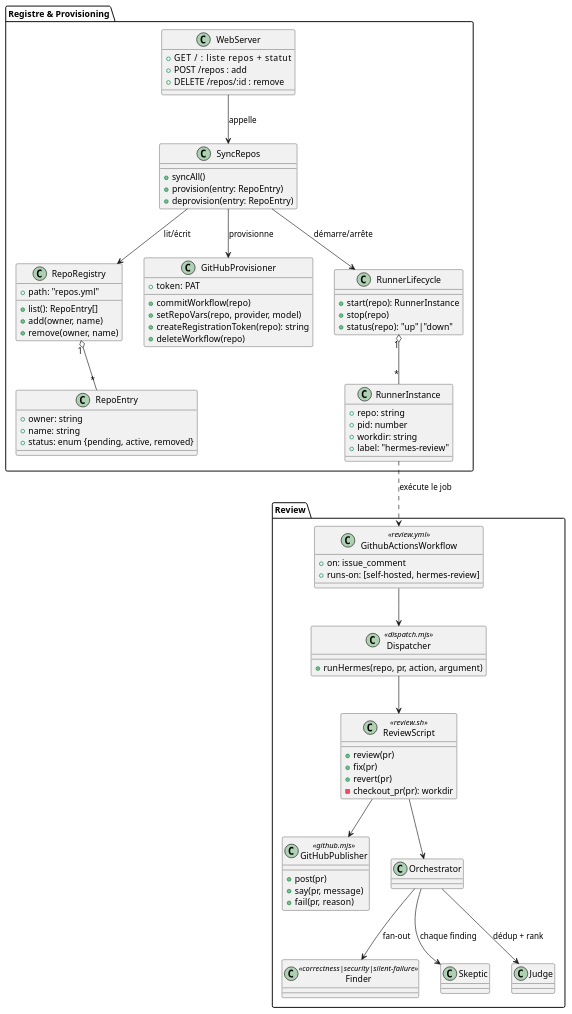
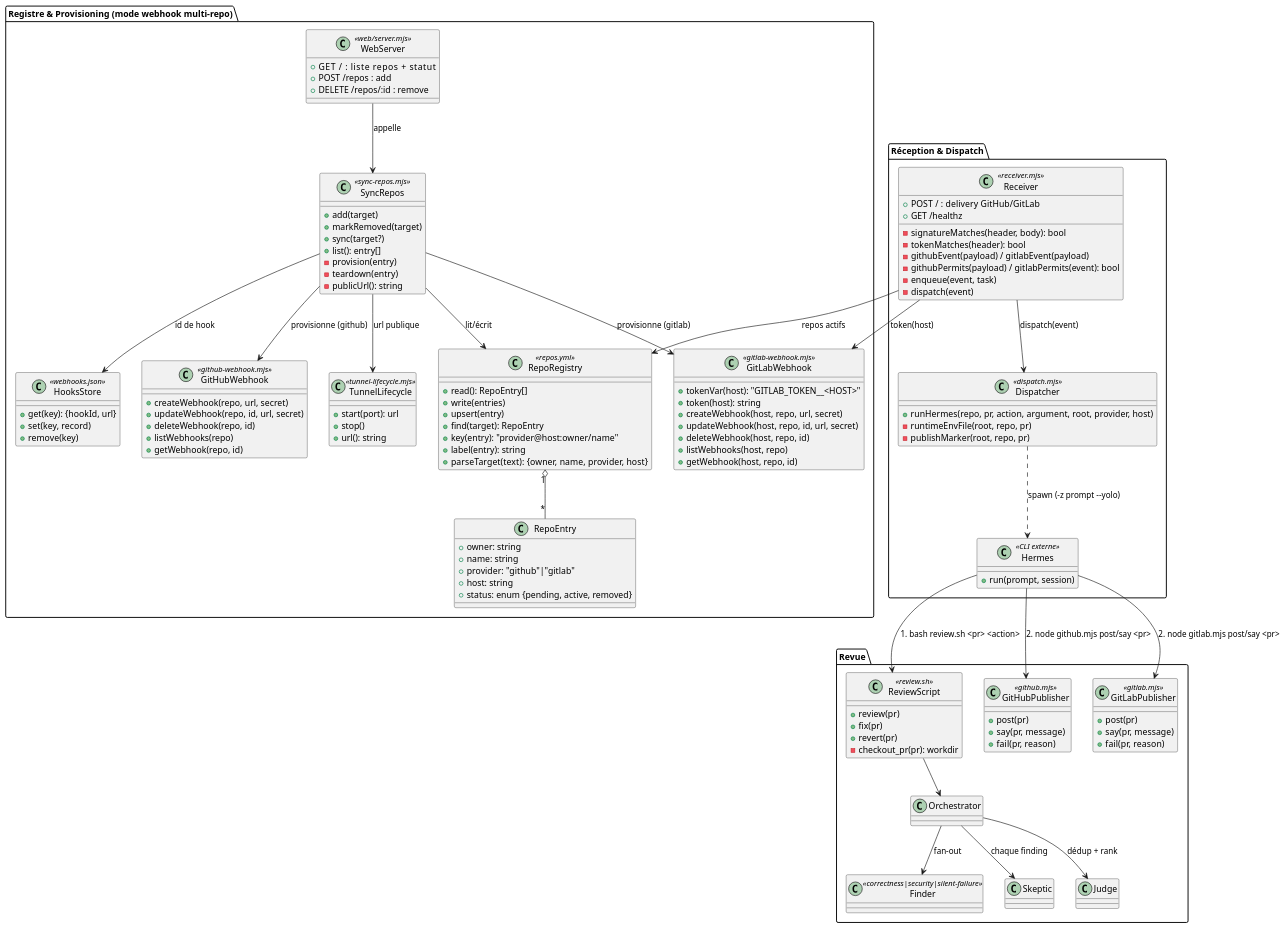
The diagram in docs/uml/scripts/class.puml (davidaddi/digiteka-pr-autoreview), drawn with PlantUML before and after one commit. The commit also changed 22 other files, not shown here.

```diff
--- a/docs/uml/scripts/class.puml
+++ b/docs/uml/scripts/class.puml
@@ -1,97 +1,139 @@
 @startuml classes
 
-package "Registre & Provisioning" {
-  class RepoRegistry {
-    +path: "repos.yml"
-    +list(): RepoEntry[]
-    +add(owner, name)
-    +remove(owner, name)
+package "Registre & Provisioning (mode webhook multi-repo)" {
+  class RepoRegistry <<repos.yml>> {
+    +read(): RepoEntry[]
+    +write(entries)
+    +upsert(entry)
+    +find(target): RepoEntry
+    +key(entry): "provider@host:owner/name"
+    +label(entry): string
+    +parseTarget(text): {owner, name, provider, host}
   }
 
   class RepoEntry {
     +owner: string
     +name: string
+    +provider: "github"|"gitlab"
+    +host: string
     +status: enum {pending, active, removed}
   }
 
-  class SyncRepos {
-    +syncAll()
-    +provision(entry: RepoEntry)
-    +deprovision(entry: RepoEntry)
+  class HooksStore <<webhooks.json>> {
+    +get(key): {hookId, url}
+    +set(key, record)
+    +remove(key)
   }
 
-  class GitHubProvisioner {
-    +token: PAT
-    +commitWorkflow(repo)
-    +setRepoVars(repo, provider, model)
-    +createRegistrationToken(repo): string
-    +deleteWorkflow(repo)
+  class SyncRepos <<sync-repos.mjs>> {
+    +add(target)
+    +markRemoved(target)
+    +sync(target?)
+    +list(): entry[]
+    -provision(entry)
+    -teardown(entry)
+    -publicUrl(): string
   }
 
-  class RunnerLifecycle {
-    +start(repo): RunnerInstance
-    +stop(repo)
-    +status(repo): "up"|"down"
+  class GitHubWebhook <<github-webhook.mjs>> {
+    +createWebhook(repo, url, secret)
+    +updateWebhook(repo, id, url, secret)
+    +deleteWebhook(repo, id)
+    +listWebhooks(repo)
+    +getWebhook(repo, id)
   }
 
-  class RunnerInstance {
-    +repo: string
-    +pid: number
-    +workdir: string
-    +label: "hermes-review"
+  class GitLabWebhook <<gitlab-webhook.mjs>> {
+    +tokenVar(host): "GITLAB_TOKEN__<HOST>"
+    +token(host): string
+    +createWebhook(host, repo, url, secret)
+    +updateWebhook(host, repo, id, url, secret)
+    +deleteWebhook(host, repo, id)
+    +listWebhooks(host, repo)
+    +getWebhook(host, repo, id)
   }
 
-  class WebServer {
+  class TunnelLifecycle <<tunnel-lifecycle.mjs>> {
+    +start(port): url
+    +stop()
+    +url(): string
+  }
+
+  class WebServer <<web/server.mjs>> {
     +GET /       : liste repos + statut
     +POST /repos : add
     +DELETE /repos/:id : remove
   }
 }
 
-package "Review" {
-  class GithubActionsWorkflow <<review.yml>> {
-    +on: issue_comment
-    +runs-on: [self-hosted, hermes-review]
+package "Réception & Dispatch" {
+  class Receiver <<receiver.mjs>> {
+    +POST /  : delivery GitHub/GitLab
+    +GET /healthz
+    -signatureMatches(header, body): bool
+    -tokenMatches(header): bool
+    -githubEvent(payload) / gitlabEvent(payload)
+    -githubPermits(payload) / gitlabPermits(event): bool
+    -enqueue(event, task)
+    -dispatch(event)
   }
 
   class Dispatcher <<dispatch.mjs>> {
-    +runHermes(repo, pr, action, argument)
+    +runHermes(repo, pr, action, argument, root, provider, host)
+    -runtimeEnvFile(root, repo, pr)
+    -publishMarker(root, repo, pr)
   }
 
+  class Hermes <<CLI externe>> {
+    +run(prompt, session)
+  }
+}
+
+package "Revue" {
   class ReviewScript <<review.sh>> {
     +review(pr)
     +fix(pr)
     +revert(pr)
     -checkout_pr(pr): workdir
   }
 
+  class Orchestrator
+  class Finder <<correctness|security|silent-failure>>
+  class Skeptic
+  class Judge
+
   class GitHubPublisher <<github.mjs>> {
     +post(pr)
     +say(pr, message)
     +fail(pr, reason)
   }
 
-  class Orchestrator
-  class Finder <<correctness|security|silent-failure>>
-  class Skeptic
-  class Judge
+  class GitLabPublisher <<gitlab.mjs>> {
+    +post(pr)
+    +say(pr, message)
+    +fail(pr, reason)
+  }
 }
 
 RepoRegistry "1" o-- "*" RepoEntry
+SyncRepos --> RepoRegistry : lit/écrit
+SyncRepos --> HooksStore : id de hook
+SyncRepos --> GitHubWebhook : provisionne (github)
+SyncRepos --> GitLabWebhook : provisionne (gitlab)
+SyncRepos --> TunnelLifecycle : url publique
 WebServer --> SyncRepos : appelle
-SyncRepos --> RepoRegistry : lit/écrit
-SyncRepos --> GitHubProvisioner : provisionne
-SyncRepos --> RunnerLifecycle : démarre/arrête
-RunnerLifecycle "1" o-- "*" RunnerInstance
 
-RunnerInstance ..> GithubActionsWorkflow : exécute le job
-GithubActionsWorkflow --> Dispatcher
-Dispatcher --> ReviewScript
+Receiver --> RepoRegistry : repos actifs
+Receiver --> GitLabWebhook : token(host)
+Receiver --> Dispatcher : dispatch(event)
+Dispatcher ..> Hermes : spawn (-z prompt --yolo)
+Hermes --> ReviewScript : "1. bash review.sh <pr> <action>"
+Hermes --> GitHubPublisher : "2. node github.mjs post/say <pr>"
+Hermes --> GitLabPublisher : "2. node gitlab.mjs post/say <pr>"
+
 ReviewScript --> Orchestrator
 Orchestrator --> Finder : fan-out
 Orchestrator --> Skeptic : chaque finding
 Orchestrator --> Judge : dédup + rank
-ReviewScript --> GitHubPublisher
-
 
 @enduml
```
